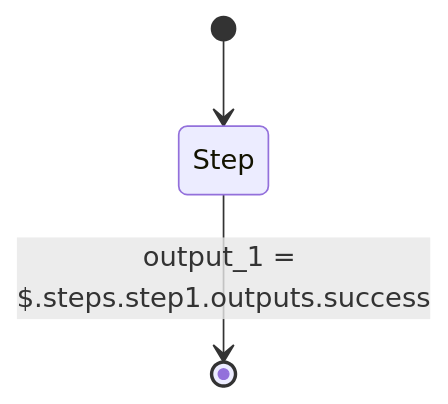
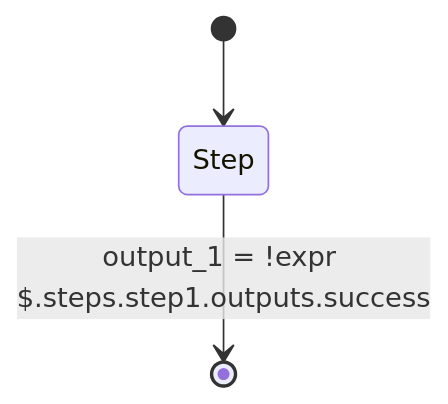
The eighth of 17 diagrams in docs/arcaflow/concepts/workflows.md (arcalot/arcalot.github.io), drawn with Mermaid before and after one commit. The commit also changed other lines of this file and 1 other file, not shown here.

````diff
--- a/docs/arcaflow/concepts/workflows.md
+++ b/docs/arcaflow/concepts/workflows.md
@@ -105,5 +105,5 @@
 ```mermaid
 stateDiagram-v2
   [*] --> Step
-  Step --> [*]: output_1 = $.steps.step1.outputs.success
+  Step --> [*]: output_1 = !expr $.steps.step1.outputs.success
 ```
````
